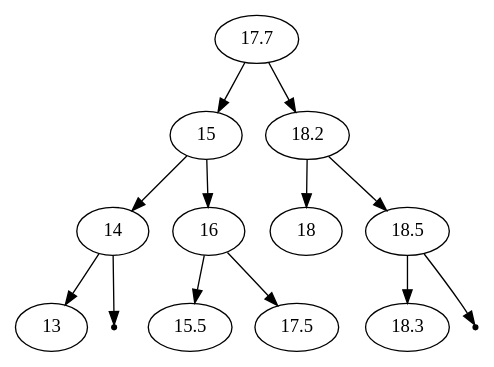
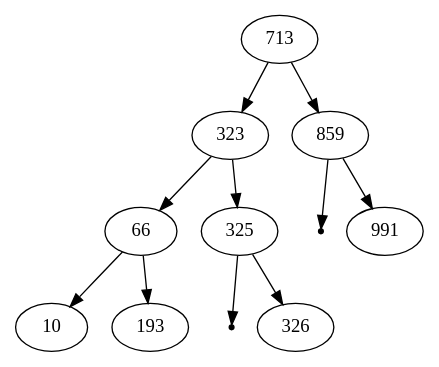
One commit to muniri92/Data-Structures-2.0 changed the diagram in graph.gv. Above: the diagram before and after it, drawn with Graphviz. The commit also changed 4 other files, not shown here.

```diff
--- a/graph.gv
+++ b/graph.gv
@@ -1,17 +1,15 @@
 digraph G{
-	17.7;
-	17.7 -> 15;
-	15 -> 14;
-	14 -> 13;
-	null152374226 [shape=point];
-	14 -> null152374226;
-	15 -> 16;
-	16 -> 15.5;
-	16 -> 17.5;
-	17.7 -> 18.2;
-	18.2 -> 18;
-	18.2 -> 18.5;
-	18.5 -> 18.3;
-	null696393689 [shape=point];
-	18.5 -> null696393689;
+	713;
+	713 -> 323;
+	323 -> 66;
+	66 -> 10;
+	66 -> 193;
+	323 -> 325;
+	null196050581 [shape=point];
+	325 -> null196050581;
+	325 -> 326;
+	713 -> 859;
+	null525750651 [shape=point];
+	859 -> null525750651;
+	859 -> 991;
 }
```
